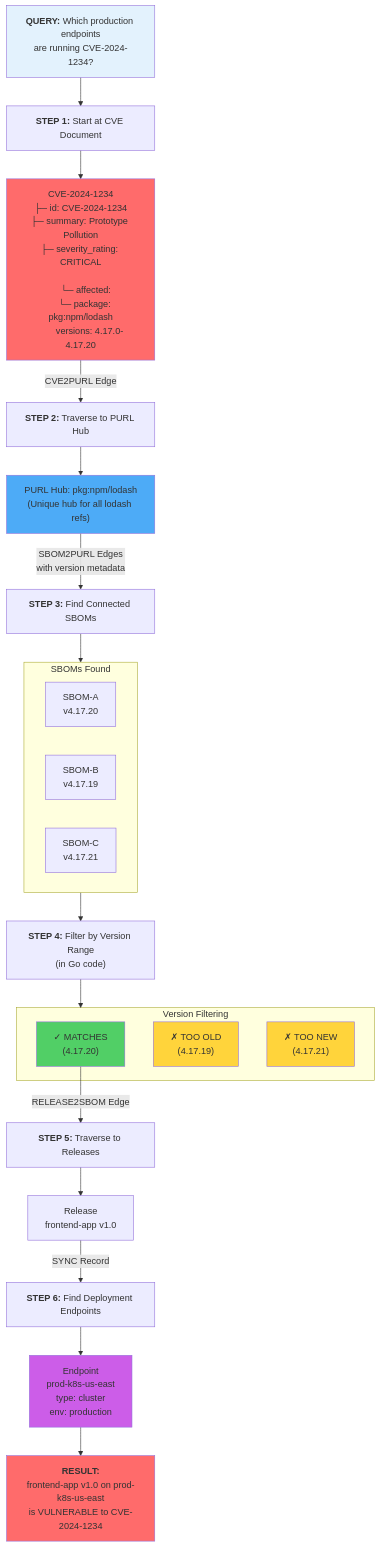
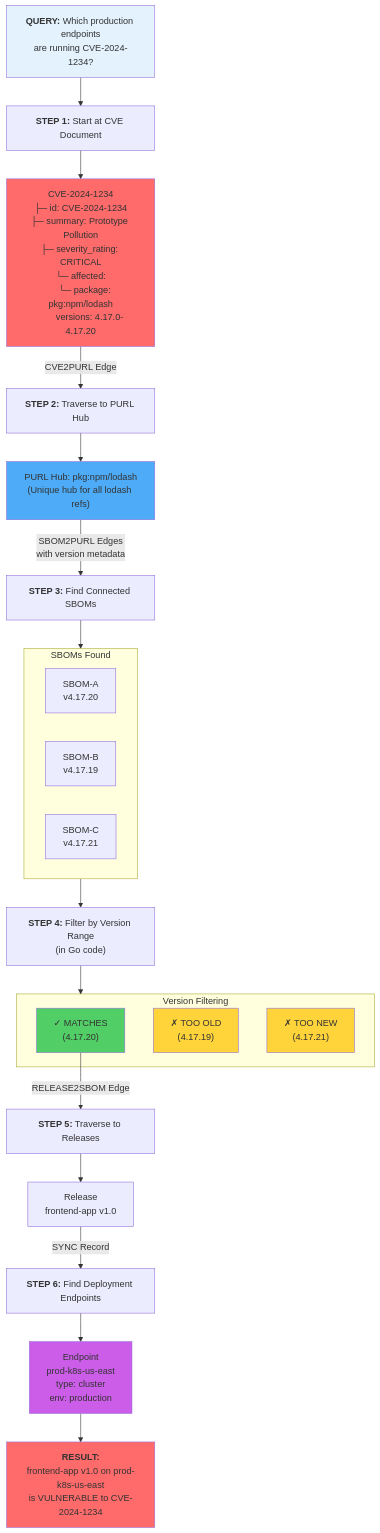
One commit to ortelius/cve2release-tracker changed the sixth of 23 diagrams in design.md. Above: the diagram before and after it, drawn with Mermaid. The commit also changed other lines of this file, not shown here.

````diff
--- a/design.md
+++ b/design.md
@@ -363,46 +363,45 @@
 ```mermaid
 flowchart TB
     Start["<b>QUERY:</b> Which production endpoints<br/>are running CVE-2024-1234?"] --> Step1
     
     Step1["<b>STEP 1:</b> Start at CVE Document"] --> CVE
-    CVE["CVE-2024-1234<br/>├─ id: CVE-2024-1234<br/>├─ summary: Prototype Pollution<br/>├─ severity_rating: CRITICAL<br/>
-    └─ affected:<br/>    └─ package: pkg:npm/lodash<br/>       versions: 4.17.0-4.17.20"]
+    CVE["CVE-2024-1234<br/>├─ id: CVE-2024-1234<br/>├─ summary: Prototype Pollution<br/>├─ severity_rating: CRITICAL<br/>└─ affected:<br/>    └─ package: pkg:npm/lodash<br/>       versions: 4.17.0-4.17.20"]
     
     CVE -->|CVE2PURL Edge| Step2["<b>STEP 2:</b> Traverse to PURL Hub"]
     Step2 --> PURL["PURL Hub: pkg:npm/lodash<br/>(Unique hub for all lodash refs)"]
     
     PURL -->|SBOM2PURL Edges<br/>with version metadata| Step3["<b>STEP 3:</b> Find Connected SBOMs"]
     
     Step3 --> SBOMs
     subgraph SBOMs["SBOMs Found"]
         SBOM_A["SBOM-A<br/>v4.17.20"]
         SBOM_B["SBOM-B<br/>v4.17.19"]
         SBOM_C["SBOM-C<br/>v4.17.21"]
     end
     
     SBOMs --> Step4["<b>STEP 4:</b> Filter by Version Range<br/>(in Go code)"]
     
     Step4 --> Filters
     subgraph Filters["Version Filtering"]
         Filter_A["✓ MATCHES<br/>(4.17.20)"]
         Filter_B["✗ TOO OLD<br/>(4.17.19)"]
         Filter_C["✗ TOO NEW<br/>(4.17.21)"]
     end
     
     Filter_A -->|RELEASE2SBOM Edge| Step5["<b>STEP 5:</b> Traverse to Releases"]
     Step5 --> REL["Release<br/>frontend-app v1.0"]
     
     REL -->|SYNC Record| Step6["<b>STEP 6:</b> Find Deployment Endpoints"]
     Step6 --> EP["Endpoint<br/>prod-k8s-us-east<br/>type: cluster<br/>env: production"]
     
     EP --> Result["<b>RESULT:</b><br/>frontend-app v1.0 on prod-k8s-us-east<br/>is VULNERABLE to CVE-2024-1234"]
     
     style Start fill:#e3f2fd
     style CVE fill:#ff6b6b
     style PURL fill:#4dabf7
     style Filter_A fill:#51cf66
     style Filter_B fill:#ffd43b
     style Filter_C fill:#ffd43b
     style EP fill:#cc5de8
     style Result fill:#ff6b6b
 ```
````
